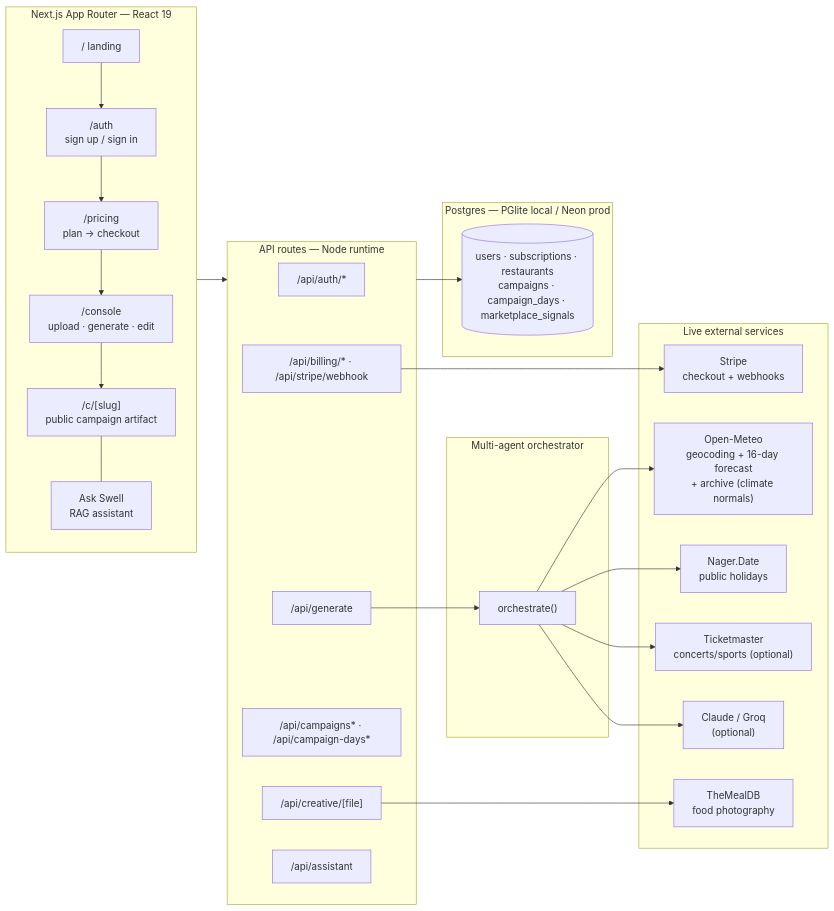
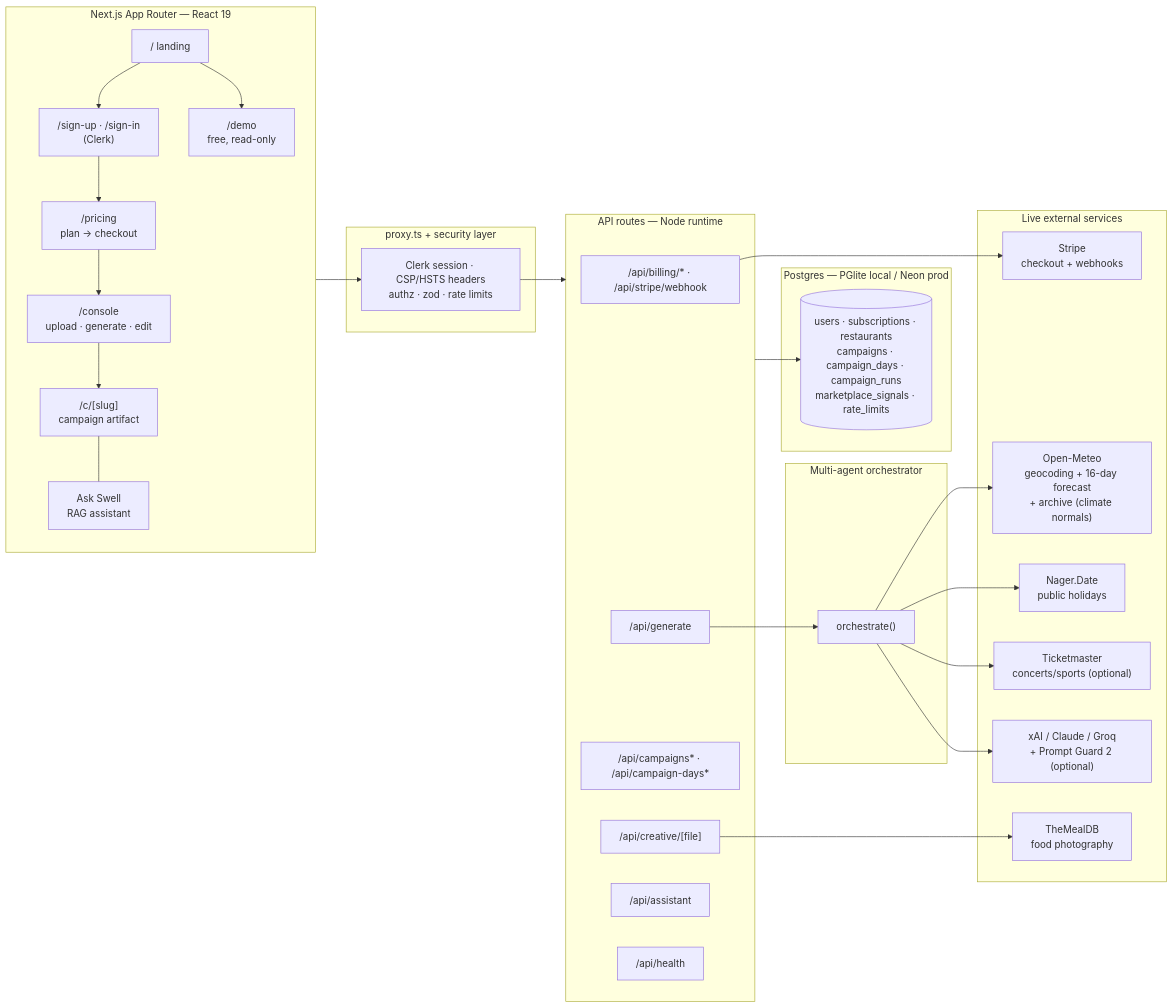
The first of 5 diagrams in ARCHITECTURE.md (rohitdvv/swell), drawn with Mermaid before and after one commit. The commit also changed other lines of this file and 13 other files, not shown here.

First line of the commit message:
Fix unreadable poster text in production; refresh README + ARCHITECTURE

````diff
--- a/ARCHITECTURE.md
+++ b/ARCHITECTURE.md
@@ -10,44 +13,49 @@
 ```mermaid
 flowchart LR
   subgraph Client [Next.js App Router — React 19]
-    L["/ landing"] --> A["/auth<br/>sign up / sign in"]
+    L["/ landing"] --> A["/sign-up · /sign-in<br/>(Clerk)"]
+    L --> DEMO["/demo<br/>free, read-only"]
     A --> P["/pricing<br/>plan → checkout"]
     P --> C["/console<br/>upload · generate · edit"]
-    C --> ART["/c/[slug]<br/>public campaign artifact"]
+    C --> ART["/c/[slug]<br/>campaign artifact"]
     ART --- W["Ask Swell<br/>RAG assistant"]
   end
 
+  subgraph Edge [proxy.ts + security layer]
+    PX["Clerk session · CSP/HSTS headers<br/>authz · zod · rate limits"]
+  end
+
   subgraph API [API routes — Node runtime]
-    AUTH["/api/auth/*"]
     BILL["/api/billing/* · /api/stripe/webhook"]
     GEN["/api/generate"]
     CRUD["/api/campaigns* · /api/campaign-days*"]
     CRE["/api/creative/[file]"]
     ASST["/api/assistant"]
+    HL["/api/health"]
   end
 
   subgraph Brain [Multi-agent orchestrator]
     O["orchestrate()"]
   end
 
   subgraph Data [Postgres — PGlite local / Neon prod]
-    DB[(users · subscriptions · restaurants<br/>campaigns · campaign_days · marketplace_signals)]
+    DB[(users · subscriptions · restaurants<br/>campaigns · campaign_days · campaign_runs<br/>marketplace_signals · rate_limits)]
   end
 
   subgraph External [Live external services]
     OM["Open-Meteo<br/>geocoding + 16-day forecast<br/>+ archive (climate normals)"]
     NG["Nager.Date<br/>public holidays"]
     TM["Ticketmaster<br/>concerts/sports (optional)"]
     MDB["TheMealDB<br/>food photography"]
     ST["Stripe<br/>checkout + webhooks"]
-    LLM["Claude / Groq<br/>(optional)"]
+    LLM["xAI / Claude / Groq<br/>+ Prompt Guard 2 (optional)"]
   end
 
-  Client --> API
+  Client --> PX --> API
   GEN --> O
   O --> OM & NG & TM
   O --> LLM
   CRE --> MDB
   BILL --> ST
   API --> DB
 ```
````
